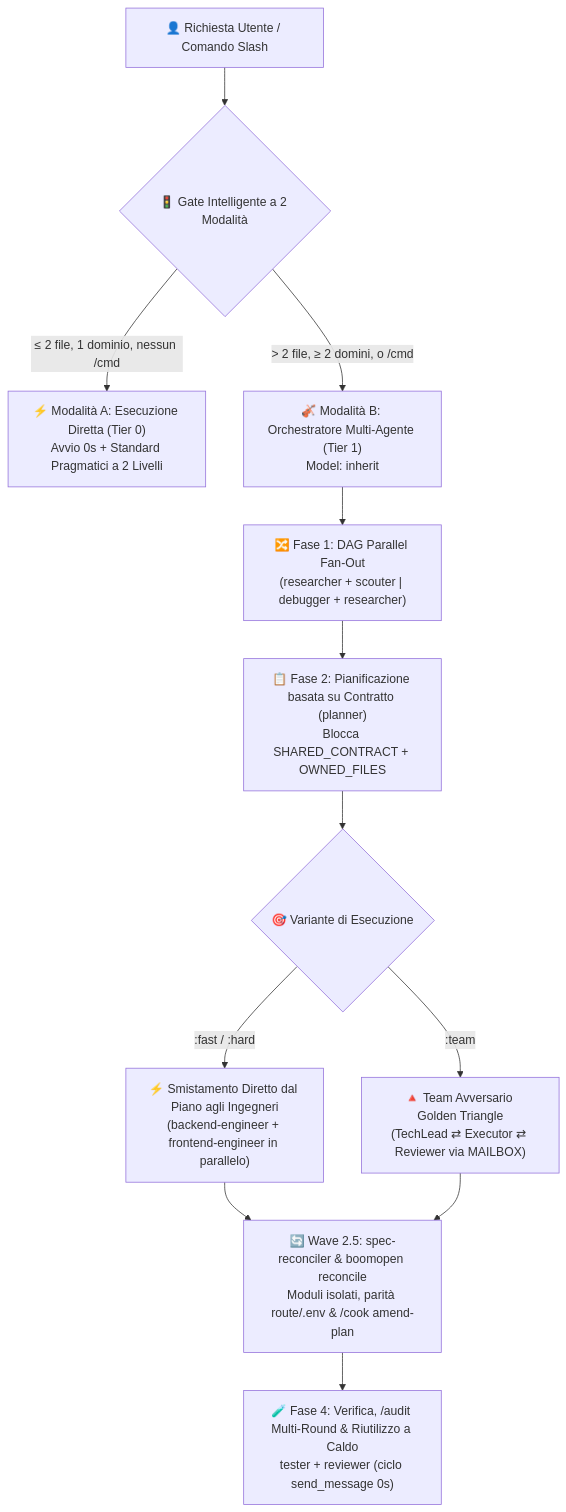
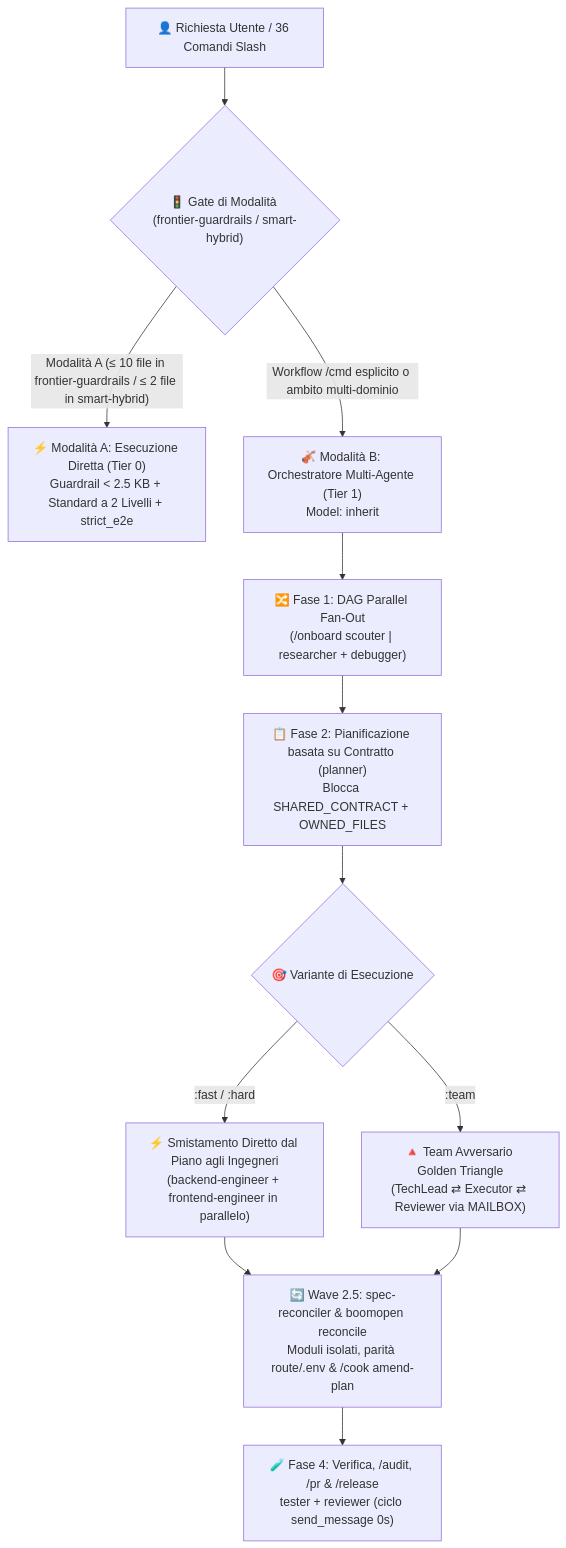
The diagram in i18n/README.it.md (Kennyboom/BoomOpen-Workflow-Kit-Pro), drawn with Mermaid before and after one commit. The commit also changed other lines of this file and 99 other files, not shown here.

````diff
--- a/i18n/README.it.md
+++ b/i18n/README.it.md
@@ -49,17 +58,17 @@
 ```mermaid
 flowchart TD
-    User["👤 Richiesta Utente / Comando Slash"] --> Gate{"🚦 Gate Intelligente a 2 Modalità"}
-    Gate -->|"≤ 2 file, 1 dominio, nessun /cmd"| ModeA["⚡ Modalità A: Esecuzione Diretta (Tier 0)<br/>Avvio 0s + Standard Pragmatici a 2 Livelli"]
-    Gate -->|"> 2 file, ≥ 2 domini, o /cmd"| ModeB["🎻 Modalità B: Orchestratore Multi-Agente (Tier 1)<br/>Model: inherit"]
+    User["👤 Richiesta Utente / 36 Comandi Slash"] --> Gate{"🚦 Gate di Modalità (frontier-guardrails / smart-hybrid)"}
+    Gate -->|"Modalità A (≤ 10 file in frontier-guardrails / ≤ 2 file in smart-hybrid)"| ModeA["⚡ Modalità A: Esecuzione Diretta (Tier 0)<br/>Guardrail < 2.5 KB + Standard a 2 Livelli + strict_e2e"]
+    Gate -->|"Workflow /cmd esplicito o ambito multi-dominio"| ModeB["🎻 Modalità B: Orchestratore Multi-Agente (Tier 1)<br/>Model: inherit"]
 
-    ModeB --> FanOut["🔀 Fase 1: DAG Parallel Fan-Out<br/>(researcher + scouter | debugger + researcher)"]
+    ModeB --> FanOut["🔀 Fase 1: DAG Parallel Fan-Out<br/>(/onboard scouter | researcher + debugger)"]
     FanOut --> Plan["📋 Fase 2: Pianificazione basata su Contratto (planner)<br/>Blocca SHARED_CONTRACT + OWNED_FILES"]
     Plan --> Dispatch{"🎯 Variante di Esecuzione"}
 
     Dispatch -->|":fast / :hard"| Direct["⚡ Smistamento Diretto dal Piano agli Ingegneri<br/>(backend-engineer + frontend-engineer in parallelo)"]
     Dispatch -->|":team"| Triangle["🔺 Team Avversario Golden Triangle<br/>(TechLead ⇄ Executor ⇄ Reviewer via MAILBOX)"]
 
     Direct --> Reconcile["🔄 Wave 2.5: spec-reconciler & boomopen reconcile<br/>Moduli isolati, parità route/.env & /cook amend-plan"]
     Triangle --> Reconcile
-    Reconcile --> Verify["🧪 Fase 4: Verifica, /audit Multi-Round & Riutilizzo a Caldo<br/>tester + reviewer (ciclo send_message 0s)"]
+    Reconcile --> Verify["🧪 Fase 4: Verifica, /audit, /pr & /release<br/>tester + reviewer (ciclo send_message 0s)"]
 ```
````
